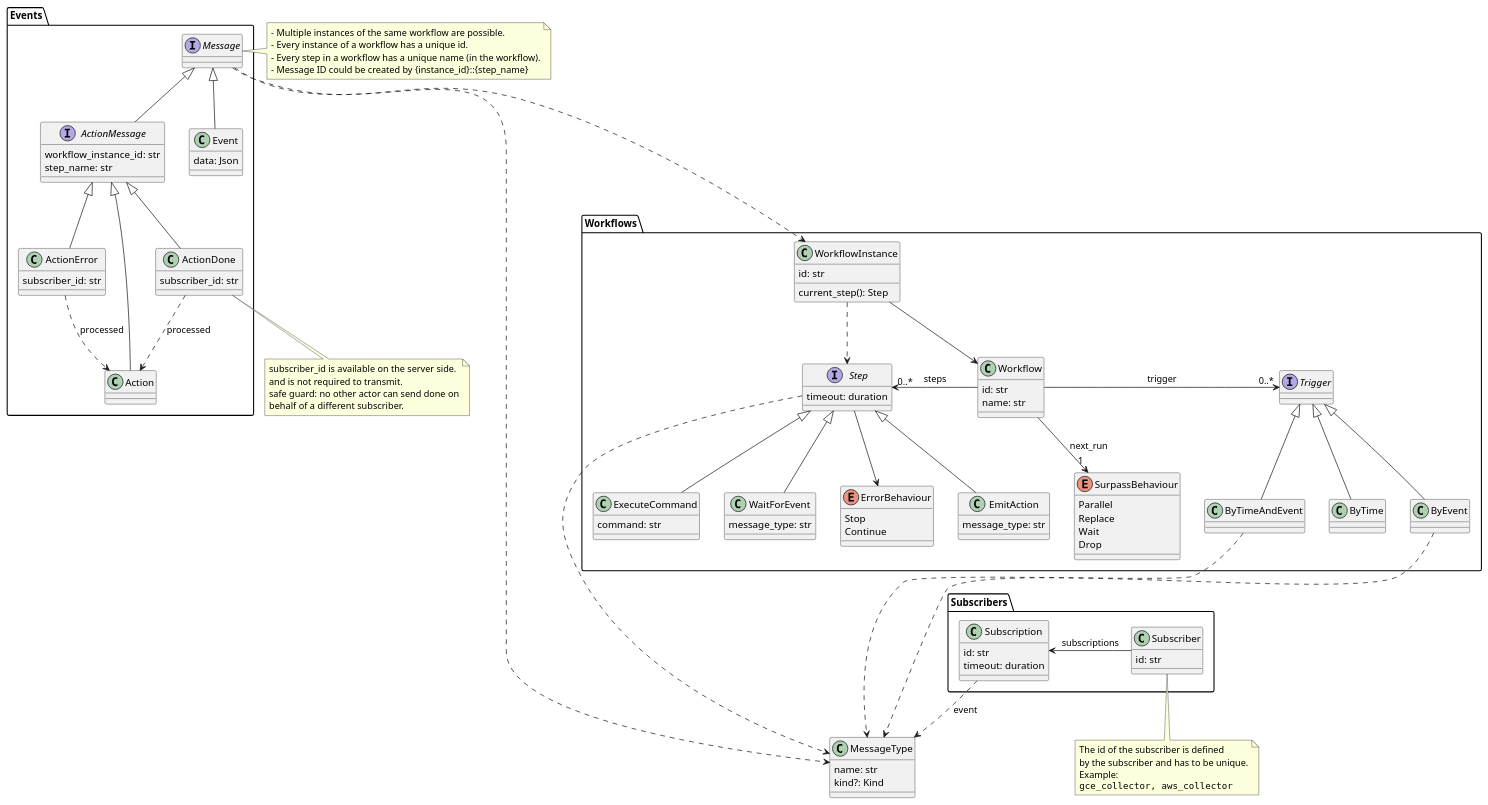
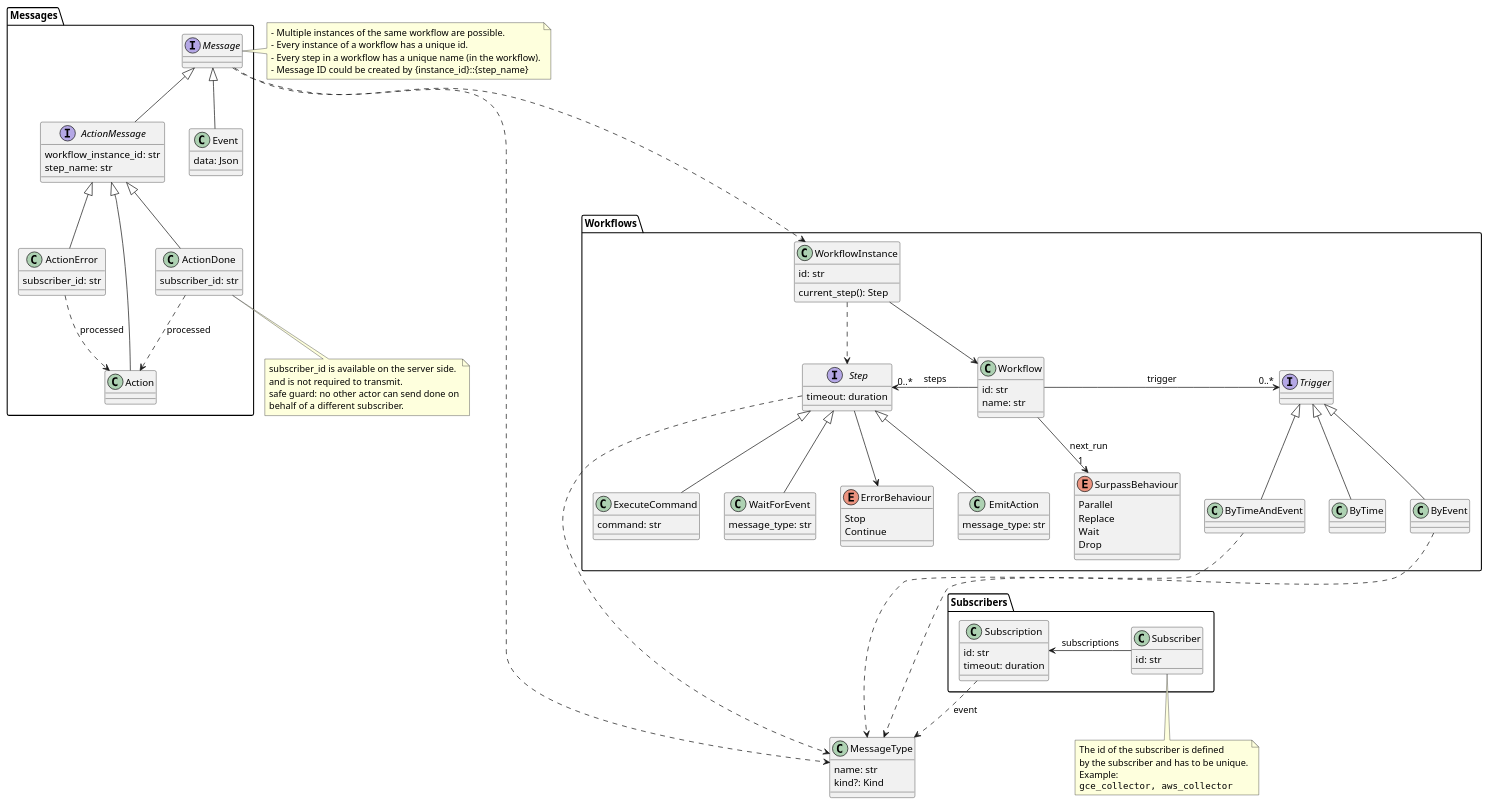
Before and after one commit to someengineering/fixinventory: the first of 2 diagrams in ckcore/docs/workflow.puml, drawn with PlantUML. The commit also changed 47 other files, not shown here.

```diff
--- a/ckcore/docs/workflow.puml
+++ b/ckcore/docs/workflow.puml
@@ -2,127 +2,127 @@
 @startuml
 
 class MessageType {
   name: str
   kind?: Kind
 }
 
-package Events {
+package Messages {
     interface Message {
     }
     interface ActionMessage {
       workflow_instance_id: str
       step_name: str
     }
     class Event {
       data: Json
     }
     class ActionDone {
       subscriber_id: str
     }
     class ActionError {
       subscriber_id: str
     }
     Message <|-- Event
     Message <|-- ActionMessage
     ActionMessage <|-- ActionDone
     ActionMessage <|-- ActionError
     ActionMessage <|-- Action
     ActionError ..> Action: processed
     ActionDone ..> Action: processed
 }
 note right of Message {
 - Multiple instances of the same workflow are possible.
 - Every instance of a workflow has a unique id.
 - Every step in a workflow has a unique name (in the workflow).
 - Message ID could be created by {instance_id}::{step_name}
 }
 note bottom of ActionDone {
 subscriber_id is available on the server side.
 and is not required to transmit.
 safe guard: no other actor can send done on
 behalf of a different subscriber.
 }
 
 
 package Workflows {
     class Workflow {
       id: str
       name: str
     }
     interface Step {
       timeout: duration
     }
     class EmitAction {
       message_type: str
     }
     class ExecuteCommand {
        command: str
     }
     class WaitForEvent {
       message_type: str
     }
     Step <|-- EmitAction
     Step <|-- ExecuteCommand
     Step <|-- WaitForEvent
     enum ErrorBehaviour {
         Stop
         Continue
     }
     enum SurpassBehaviour {
         Parallel
         Replace
         Wait
         Drop
     }
     interface Trigger {
     }
     class ByTime
     class ByEvent
     class ByTimeAndEvent
 
     class WorkflowInstance {
       id: str
       current_step(): Step
     }
     Trigger <|--ByTime
     Trigger <|--ByEvent
     Trigger <|--ByTimeAndEvent
     ByEvent ...> MessageType
     ByTimeAndEvent ...> MessageType
     WorkflowInstance --> Workflow
     WorkflowInstance ..> Step
     Step --> ErrorBehaviour
 }
 
 package Subscribers {
     class Subscriber {
        id: str
     }
     class Subscription {
       id: str
       timeout: duration
     }
 }
 note bottom of Subscriber {
 The id of the subscriber is defined
 by the subscriber and has to be unique.
 Example:
 <code>
 gce_collector, aws_collector
 </code>
 }
 
 Subscriber -> Subscription: subscriptions
 Subscription ..> MessageType: event
 
 Message ...> WorkflowInstance
 Message ..> MessageType
 Workflow -> "0..*" Trigger: trigger
 
 
 Workflow -> "0..*" Step: steps
 Step ..> MessageType
 
 Workflow --> "1" SurpassBehaviour: next_run
 
 @enduml
```
